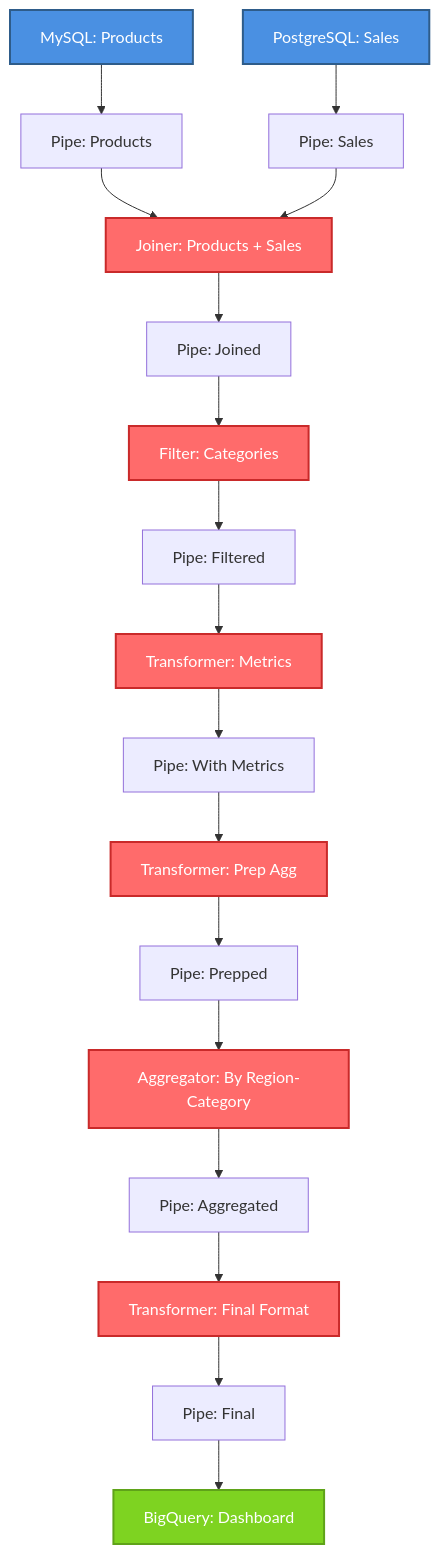
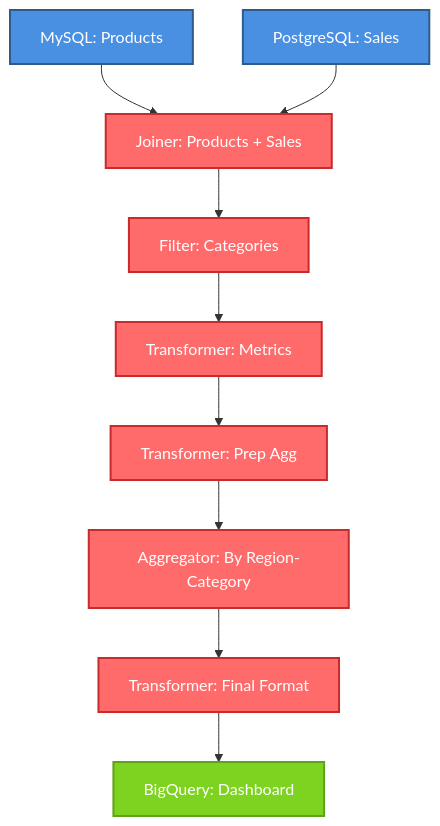
The fifth of 6 diagrams in docs/complex_pipelines.md (bernardo-colorado-dubois/open-stage), drawn with Mermaid before and after one commit. The commit also changed other lines of this file, not shown here.

````diff
--- a/docs/complex_pipelines.md
+++ b/docs/complex_pipelines.md
@@ -851,33 +814,19 @@
 ```mermaid
 flowchart TD
     MySQL[MySQL: Products]:::origin
     PG[PostgreSQL: Sales]:::origin
     
-    MySQL --> P1[Pipe: Products]
-    PG --> P2[Pipe: Sales]
+    MySQL --> J[Joiner: Products + Sales]:::transformer
+    PG --> J
     
-    P1 --> J[Joiner: Products + Sales]:::transformer
-    P2 --> J
-    
-    J --> P3[Pipe: Joined]
-    P3 --> F[Filter: Categories]:::transformer
-    
-    F --> P4[Pipe: Filtered]
-    P4 --> T1[Transformer: Metrics]:::transformer
-    
-    T1 --> P5[Pipe: With Metrics]
-    P5 --> T2[Transformer: Prep Agg]:::transformer
-    
-    T2 --> P6[Pipe: Prepped]
-    P6 --> A[Aggregator: By Region-Category]:::transformer
-    
-    A --> P7[Pipe: Aggregated]
-    P7 --> T3[Transformer: Final Format]:::transformer
-    
-    T3 --> P8[Pipe: Final]
-    P8 --> BQ[BigQuery: Dashboard]:::destination
+    J --> F[Filter: Categories]:::transformer
+    F --> T1[Transformer: Metrics]:::transformer
+    T1 --> T2[Transformer: Prep Agg]:::transformer
+    T2 --> A[Aggregator: By Region-Category]:::transformer
+    A --> T3[Transformer: Final Format]:::transformer
+    T3 --> BQ[BigQuery: Dashboard]:::destination
     
     classDef origin fill:#4A90E2,stroke:#2E5C8A,stroke-width:2px,color:#fff
     classDef transformer fill:#FF6B6B,stroke:#C92A2A,stroke-width:2px,color:#fff
     classDef destination fill:#7ED321,stroke:#5FA319,stroke-width:2px,color:#fff
 ```
````
